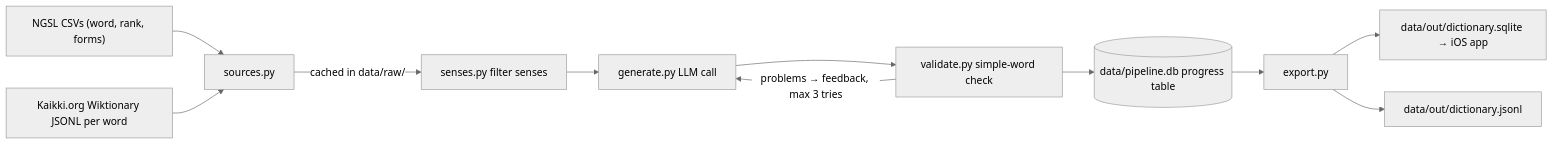
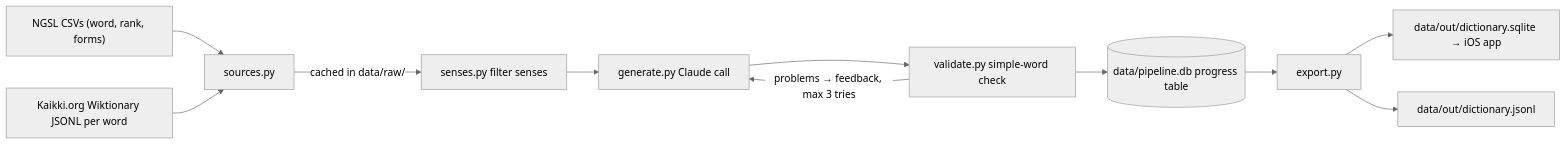
One commit to tranphuocloc070699/saynata changed the first of 3 diagrams in backlog/docs/features/doc-6 - Dictionary-pipeline.md. Above: the diagram before and after it, drawn with Mermaid (neutral theme). The commit also changed other lines of this file and 6 other files, not shown here.

Commit message:
Pipeline: switch the LLM call to Claude with structured output

````diff
--- a/backlog/docs/features/doc-6 - Dictionary-pipeline.md
+++ b/backlog/docs/features/doc-6 - Dictionary-pipeline.md
@@ -20,13 +20,13 @@
 ```mermaid
 flowchart LR
     NGSL["NGSL CSVs (word, rank, forms)"] --> SRC[sources.py]
     KK["Kaikki.org Wiktionary JSONL per word"] --> SRC
     SRC -->|cached in data/raw/| SEN[senses.py filter senses]
-    SEN --> GEN[generate.py LLM call]
+    SEN --> GEN[generate.py Claude call]
     GEN --> VAL[validate.py simple-word check]
     VAL -->|problems → feedback, max 3 tries| GEN
     VAL --> ST[(data/pipeline.db progress table)]
     ST --> EXP[export.py]
     EXP --> OUT1[data/out/dictionary.sqlite → iOS app]
     EXP --> OUT2[data/out/dictionary.jsonl]
 ```
````
